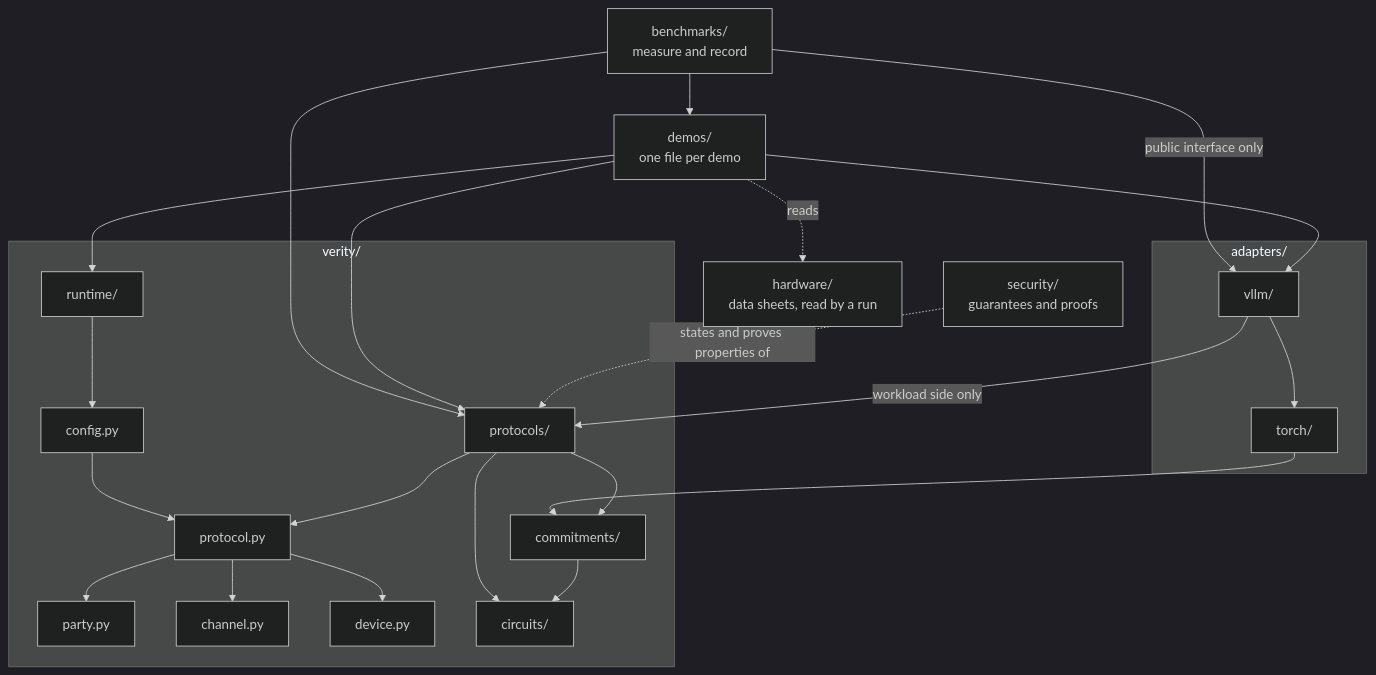
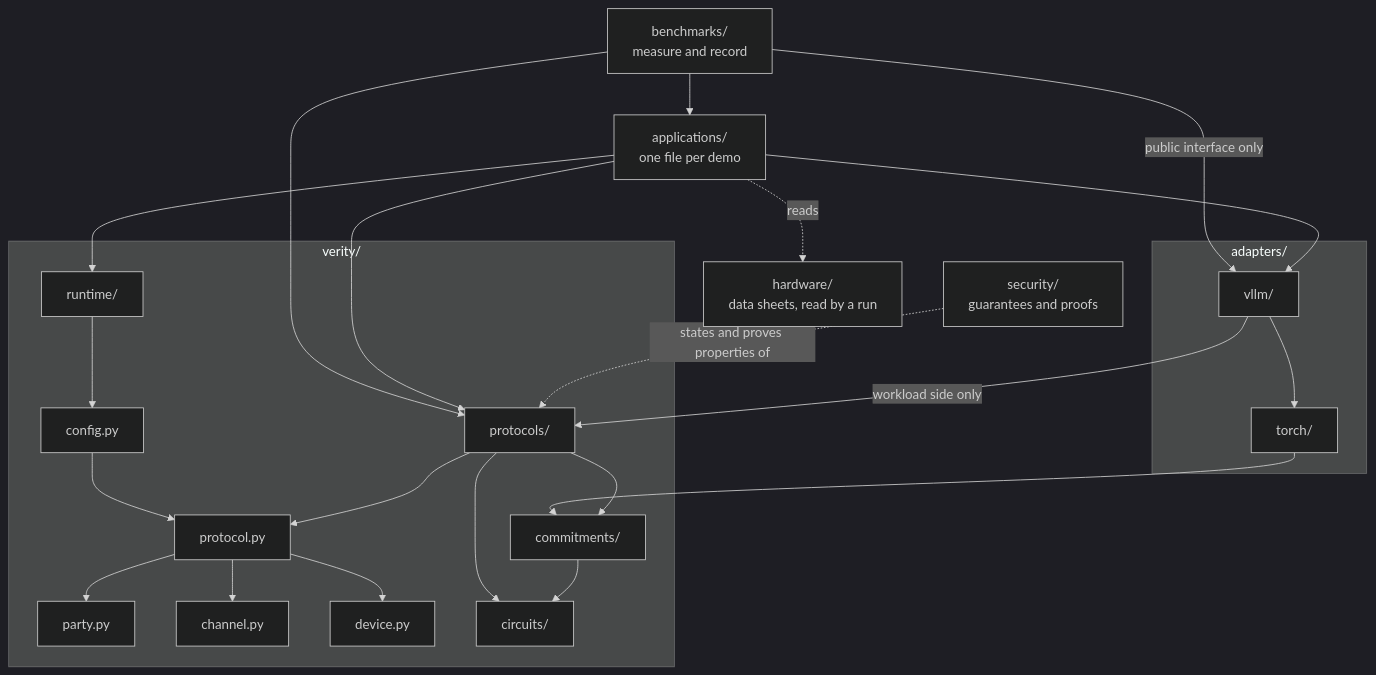
The third of 5 diagrams in ARCHITECTURE.md (compute-verification/verity), drawn with Mermaid (dark theme) before and after one commit. The commit also changed other lines of this file and 34 other files, not shown here.

````diff
--- a/ARCHITECTURE.md
+++ b/ARCHITECTURE.md
@@ -115,42 +115,42 @@
 ```mermaid
 flowchart TD
     bench["benchmarks/<br/>measure and record"]
-    demos["demos/<br/>one file per demo"]
+    demos["applications/<br/>one file per demo"]
     hw["hardware/<br/>data sheets, read by a run"]
     subgraph adapters["adapters/"]
         vllm["vllm/"]
         torch["torch/"]
     end
     subgraph verity["verity/"]
         runtime["runtime/"]
         config["config.py"]
         protocol["protocol.py"]
         party["party.py"]
         channel["channel.py"]
         device["device.py"]
         protocols["protocols/"]
         commitments["commitments/"]
         circuits["circuits/"]
     end
     security["security/<br/>guarantees and proofs"]
     bench --> demos
     bench --> protocols
     bench -- "public interface only" --> vllm
     demos --> runtime
     demos --> vllm
     demos --> protocols
     demos -. "reads" .-> hw
     vllm --> torch
     vllm -- "workload side only" --> protocols
     torch --> commitments
     runtime --> config
     config --> protocol
     protocol --> party
     protocol --> channel
     protocol --> device
     protocols --> protocol
     protocols --> commitments
     protocols --> circuits
     commitments --> circuits
     security -. "states and proves properties of" .-> protocols
 ```
````
